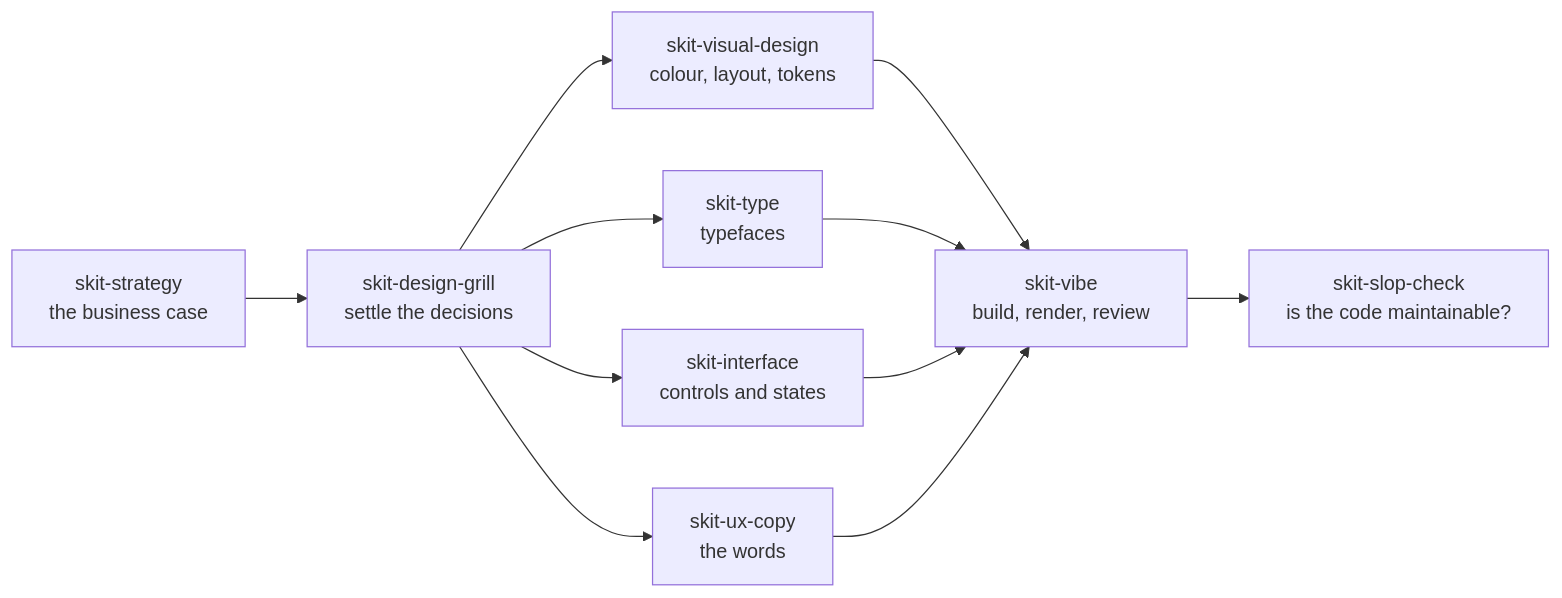
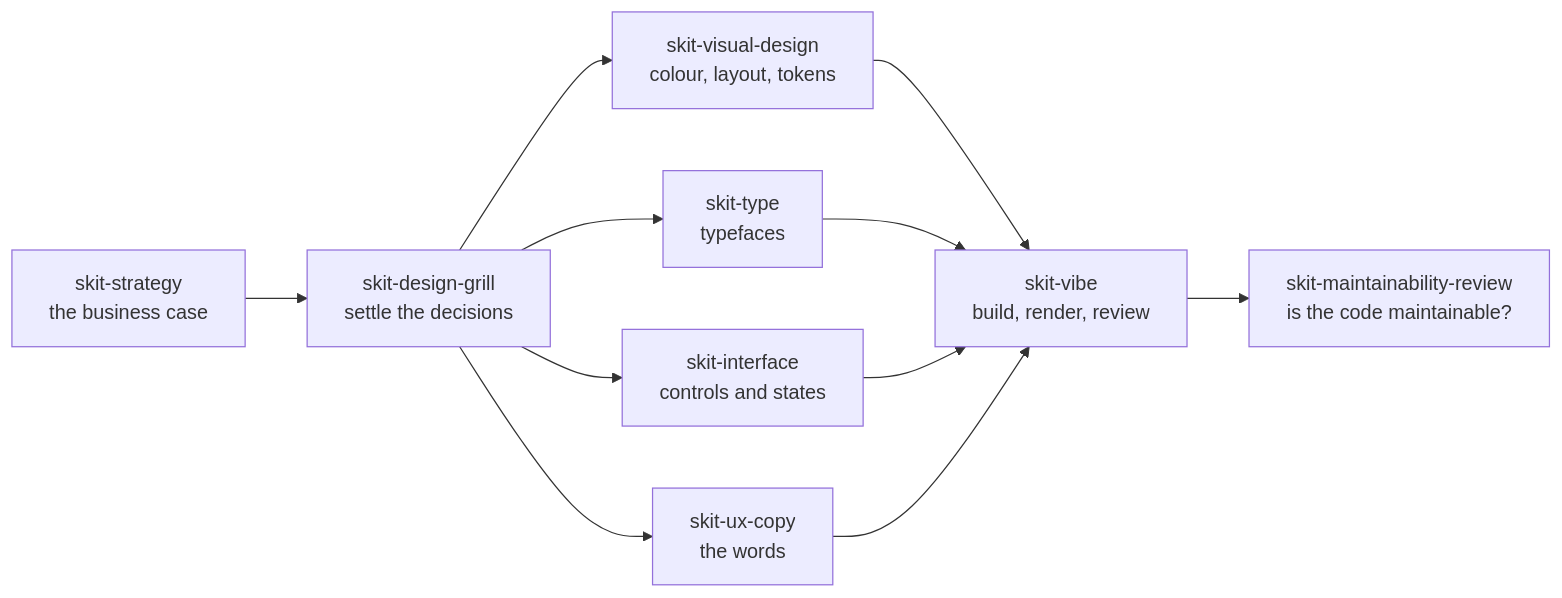
The diagram in README.md (sudakshsoti/skit), drawn with Mermaid before and after one commit. The commit also changed other lines of this file and 5 other files, not shown here.

First line of the commit message:
Rename skit-plan-check to skit-self-review and skit-slop-check to skit-maintainability-review

````diff
--- a/README.md
+++ b/README.md
@@ -40,13 +40,13 @@
 ```mermaid
 flowchart LR
     P[skit-strategy<br/>the business case] --> G
     G[skit-design-grill<br/>settle the decisions] --> A[skit-visual-design<br/>colour, layout, tokens]
     G --> T[skit-type<br/>typefaces]
     G --> I[skit-interface<br/>controls and states]
     G --> C[skit-ux-copy<br/>the words]
     A --> V[skit-vibe<br/>build, render, review]
     T --> V
     I --> V
     C --> V
-    V --> S[skit-slop-check<br/>is the code maintainable?]
+    V --> S[skit-maintainability-review<br/>is the code maintainable?]
 ```
````
